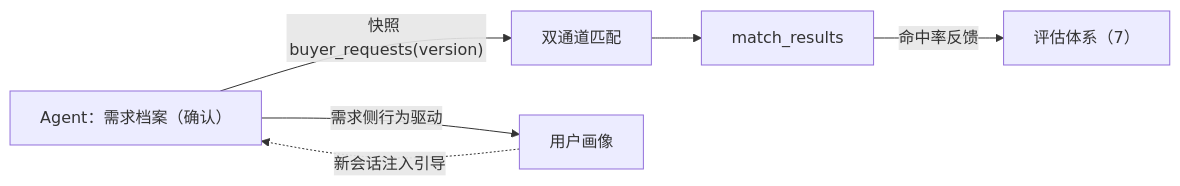
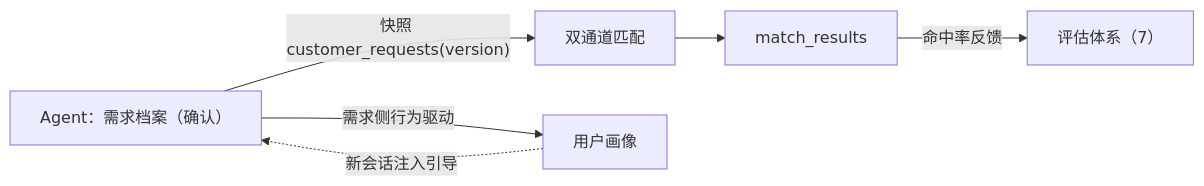
Before and after one commit to ivgotcrazy/xmsn-demo: the fourth of 4 diagrams in doc/系统/代理详细设计.md, drawn with Mermaid. The commit also changed other lines of this file and 246 other files, not shown here.

````diff
--- a/doc/系统/代理详细设计.md
+++ b/doc/系统/代理详细设计.md
@@ -705,8 +705,8 @@
 ```mermaid
 graph LR
-    AGENT["Agent：需求档案（确认）"] -->|"快照 buyer_requests(version)"| MATCH["双通道匹配"]
+    AGENT["Agent：需求档案（确认）"] -->|"快照 customer_requests(version)"| MATCH["双通道匹配"]
     MATCH --> RES["match_results"]
     RES -->|"命中率反馈"| EVAL["评估体系（7）"]
     AGENT -->|"需求侧行为驱动"| PROFILE["用户画像"]
     PROFILE -.->|"新会话注入引导"| AGENT
 ```
````
